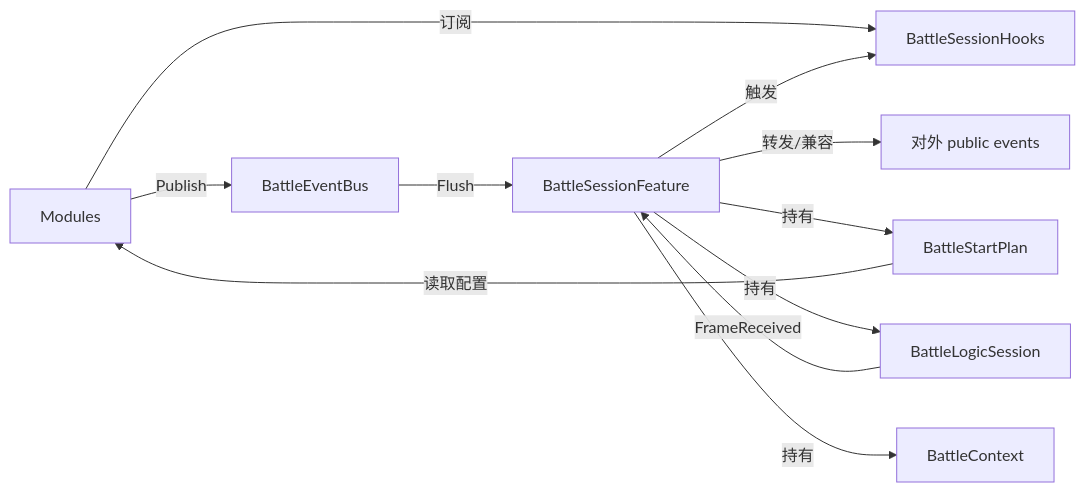
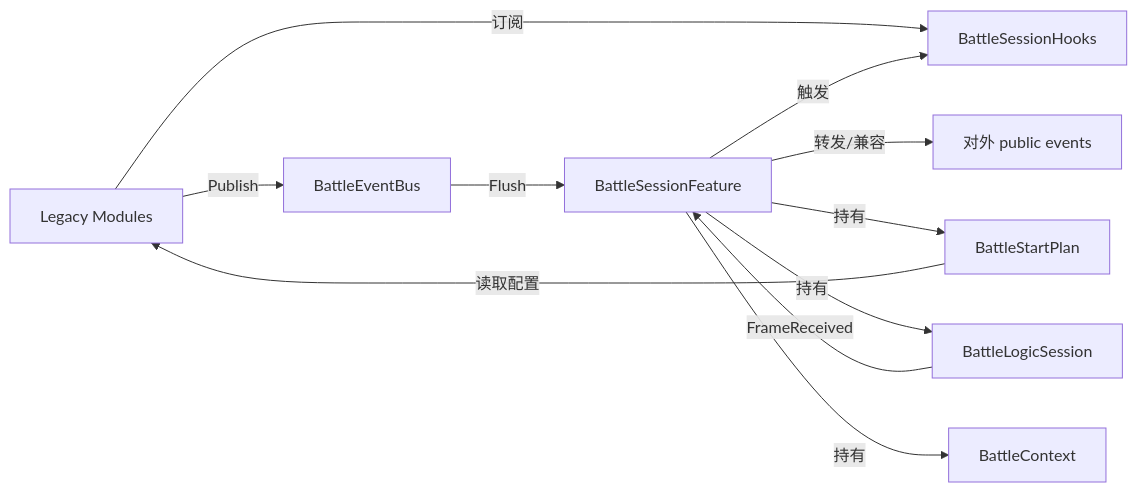
Before and after one commit to HOBOBO/AbilityKit: the fourth of 4 diagrams in Unity/Packages/com.abilitykit.demo.moba.view.runtime/Document/BattleFlowDesign.md, drawn with Mermaid. The commit also changed other lines of this file and 85 other files, not shown here.

````diff
--- a/Unity/Packages/com.abilitykit.demo.moba.view.runtime/Document/BattleFlowDesign.md
+++ b/Unity/Packages/com.abilitykit.demo.moba.view.runtime/Document/BattleFlowDesign.md
@@ -254,17 +335,17 @@
 ```mermaid
 flowchart LR
-  Mods[Modules] -->|订阅| Hooks[BattleSessionHooks]
+  Legacy[Legacy Modules] -->|订阅| Hooks[BattleSessionHooks]
   Sess[BattleSessionFeature] -->|触发| Hooks
 
-  Mods -->|Publish| Bus[BattleEventBus]
+  Legacy -->|Publish| Bus[BattleEventBus]
   Bus -->|Flush| Sess
 
   Sess -->|转发/兼容| PubEvents[对外 public events]
 
   Sess -->|持有| Plan[BattleStartPlan]
   Sess -->|持有| Session[BattleLogicSession]
   Sess -->|持有| Ctx[BattleContext]
 
-  Plan -->|读取配置| Mods
+  Plan -->|读取配置| Legacy
   Session -->|FrameReceived| Sess
 ```
````
